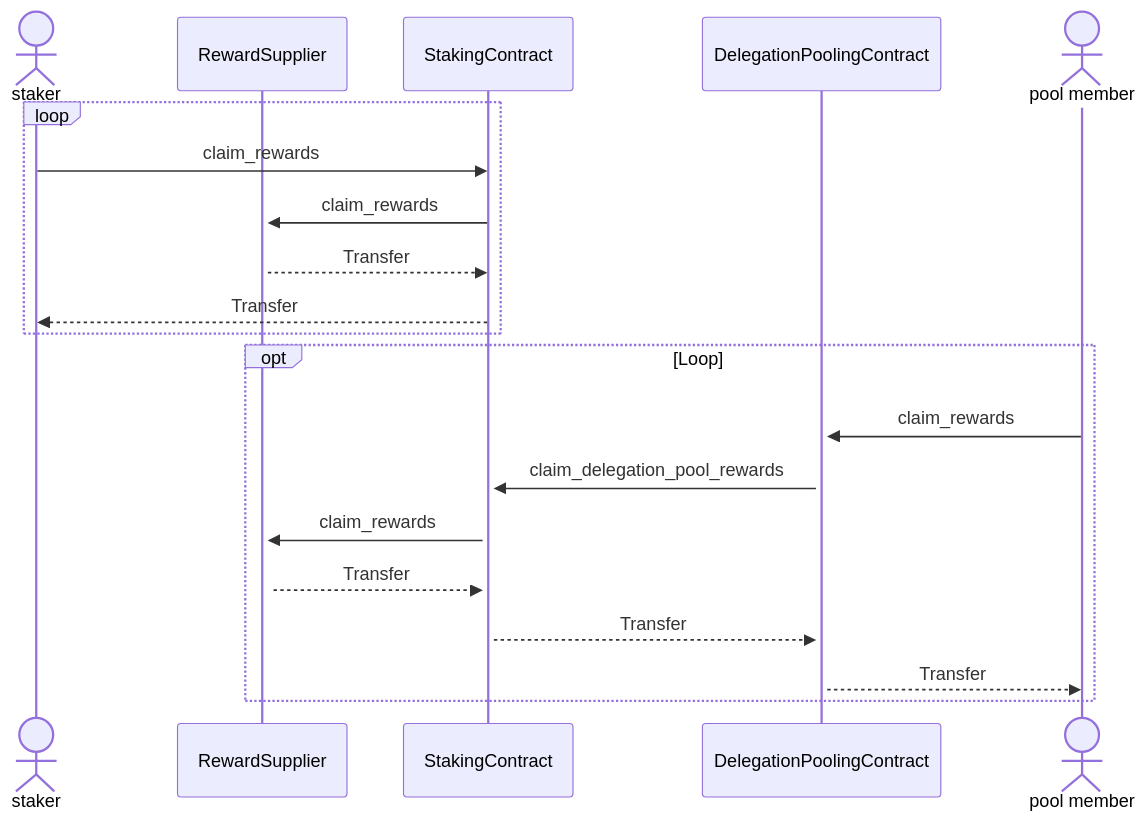
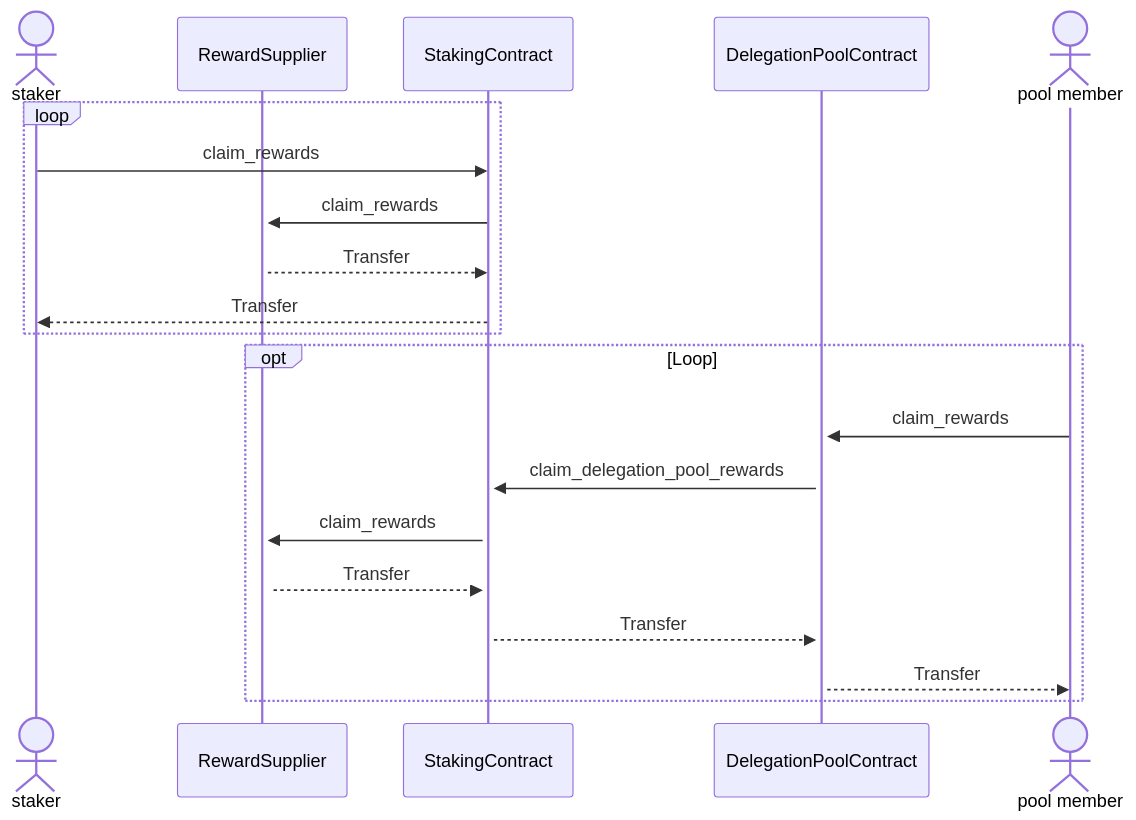
Before and after one commit to starkware-libs/starknet-staking: the fifth of 8 diagrams in workspace/apps/staking/docs/spec.md, drawn with Mermaid. The commit also changed other lines of this file and 16 other files, not shown here.

Commit message:
fix(staking): change pooling to pool (#1704)

````diff
--- a/workspace/apps/staking/docs/spec.md
+++ b/workspace/apps/staking/docs/spec.md
@@ -302,22 +302,22 @@
 ```mermaid
 sequenceDiagram
   actor staker
   participant RewardSupplier
   participant StakingContract
-  participant DelegationPoolingContract
+  participant DelegationPoolContract
   actor pool member
   Loop
     staker ->> StakingContract: claim_rewards
     StakingContract ->>+ RewardSupplier: claim_rewards
     RewardSupplier -->> StakingContract: Transfer
     StakingContract -->> staker: Transfer
   end
   opt Loop
-    pool member ->>+ DelegationPoolingContract: claim_rewards
-    DelegationPoolingContract ->>+ StakingContract: claim_delegation_pool_rewards
+    pool member ->>+ DelegationPoolContract: claim_rewards
+    DelegationPoolContract ->>+ StakingContract: claim_delegation_pool_rewards
     StakingContract ->>+ RewardSupplier: claim_rewards
     RewardSupplier -->> StakingContract: Transfer
-    StakingContract -->> DelegationPoolingContract: Transfer
-    DelegationPoolingContract -->> pool member: Transfer
+    StakingContract -->> DelegationPoolContract: Transfer
+    DelegationPoolContract -->> pool member: Transfer
   end
 ```
````
